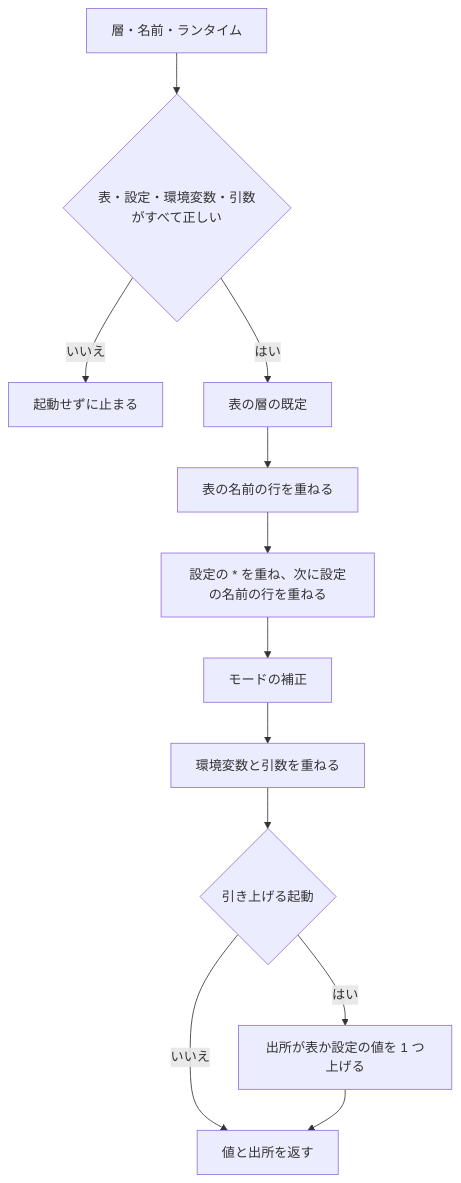
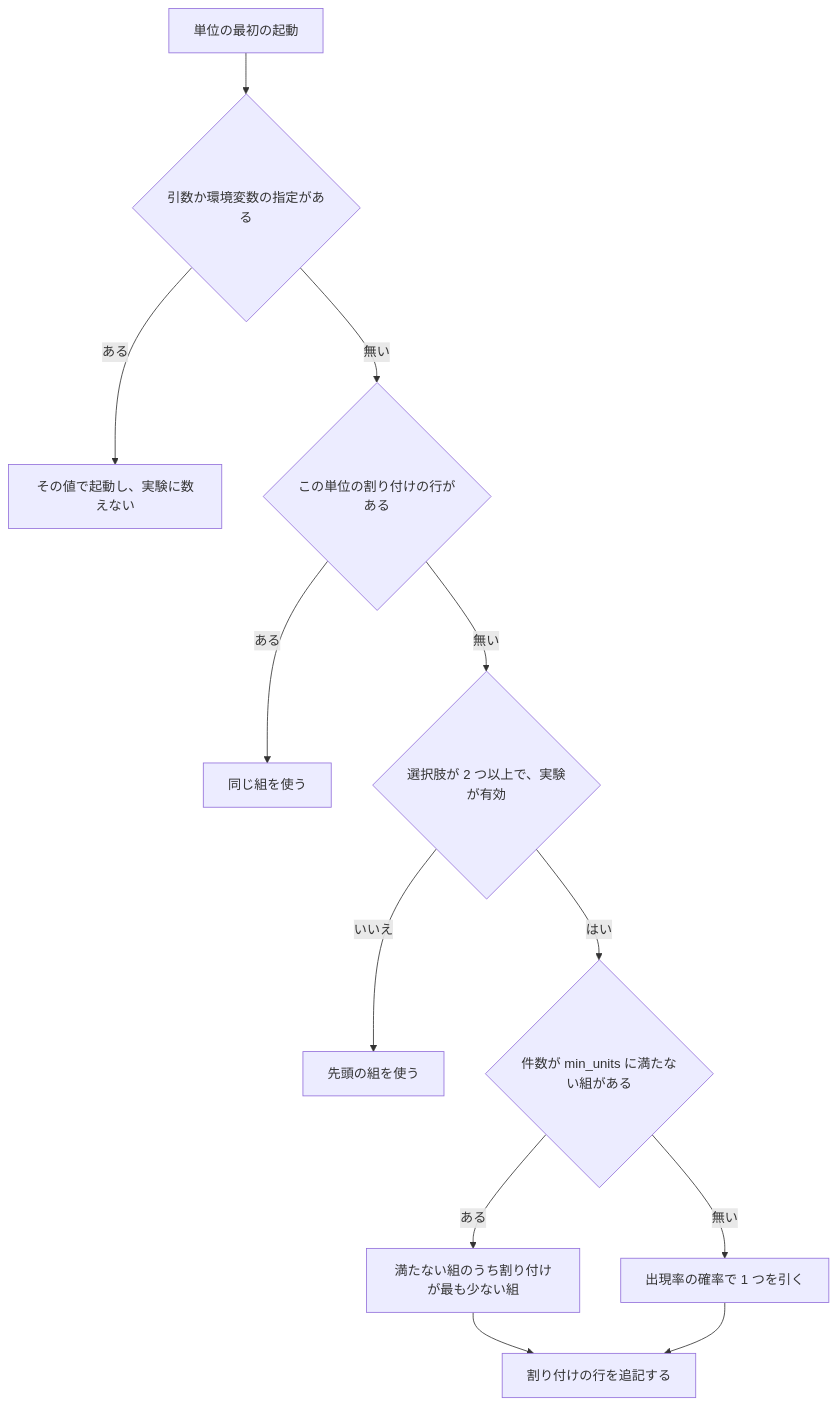
Before and after one commit to devbasex/ai-plugins: the fourth of 5 diagrams in issues/issue-2944-design.md, drawn with Mermaid. The commit also changed other lines of this file and 6 other files, not shown here.

````diff
--- a/issues/issue-2944-design.md
+++ b/issues/issue-2944-design.md
@@ -392,14 +318,13 @@
 ```mermaid
 graph TD
-    A[層・名前・ランタイム] --> I{表・設定・環境変数・引数がすべて正しい}
-    I -- いいえ --> J[起動せずに止まる]
-    I -- はい --> B[表の層の既定]
-    B --> C[表の名前の行を重ねる]
-    C --> D[設定の * を重ね、次に設定の名前の行を重ねる]
-    D --> E[モードの補正]
-    E --> H[環境変数と引数を重ねる]
-    H --> F{引き上げる起動}
-    F -- はい --> G[出所が表か設定の値を 1 つ上げる]
-    F -- いいえ --> K[値と出所を返す]
-    G --> K
+    A[単位の最初の起動] --> B{引数か環境変数の指定がある}
+    B -- ある --> Z[その値で起動し、実験に数えない]
+    B -- 無い --> C{この単位の割り付けの行がある}
+    C -- ある --> D[同じ組を使う]
+    C -- 無い --> E{選択肢が 2 つ以上で、実験が有効}
+    E -- いいえ --> F[先頭の組を使う]
+    E -- はい --> G{件数が min_units に満たない組がある}
+    G -- ある --> H[満たない組のうち割り付けが最も少ない組]
+    G -- 無い --> I[出現率の確率で 1 つを引く]
+    H & I --> J[割り付けの行を追記する]
 ```
````
